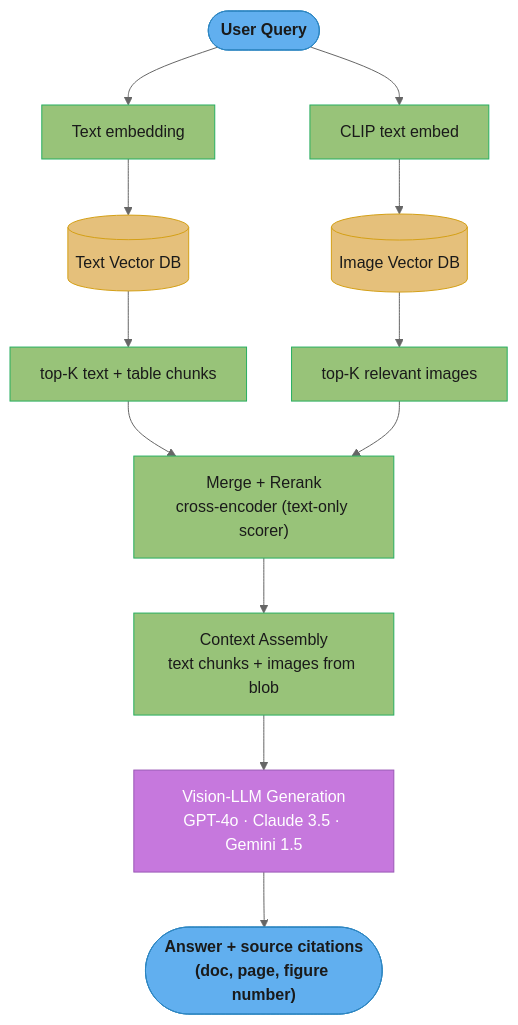
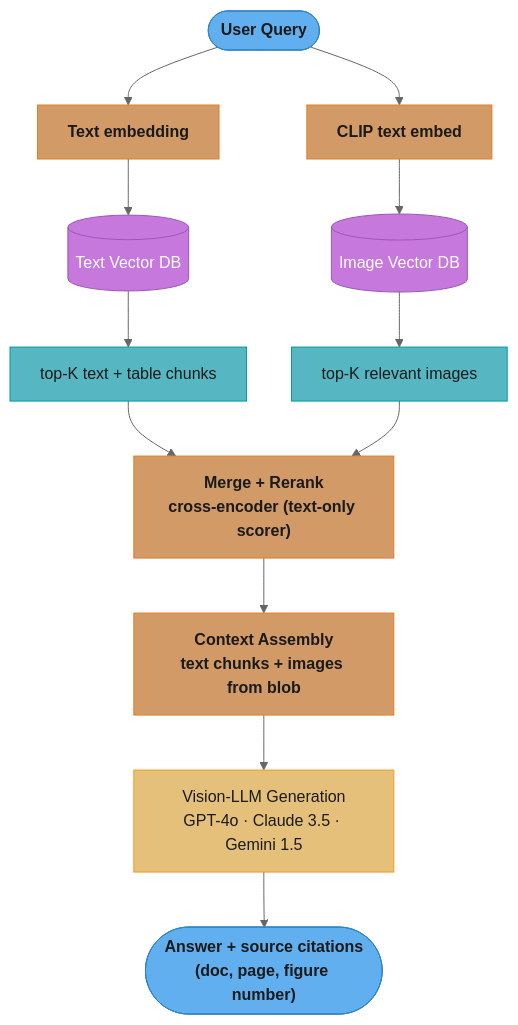
Before and after one commit to rppol/system-design: the second of 3 diagrams in src/main/java/com/rutik/systemdesign/llm/advanced_rag/multimodal_rag.md, drawn with Mermaid (neutral theme). The commit also changed other lines of this file and 88 other files, not shown here.

````diff
--- a/src/main/java/com/rutik/systemdesign/llm/advanced_rag/multimodal_rag.md
+++ b/src/main/java/com/rutik/systemdesign/llm/advanced_rag/multimodal_rag.md
@@ -251,23 +255,27 @@
 ```mermaid
 %%{init: {'flowchart': {'curve': 'basis', 'nodeSpacing': 45, 'rankSpacing': 55}}}%%
 flowchart TD
-    classDef io    fill:#61afef,stroke:#2e86c1,color:#1a1a1a,font-weight:bold
-    classDef proc  fill:#98c379,stroke:#27ae60,color:#1a1a1a
-    classDef store fill:#e5c07b,stroke:#d4a017,color:#1a1a1a
-    classDef llm   fill:#c678dd,stroke:#9b59b6,color:#fff
+    classDef io      fill:#61afef,stroke:#2e86c1,color:#1a1a1a,font-weight:bold
+    classDef frozen  fill:#c678dd,stroke:#9b59b6,color:#fff
+    classDef train   fill:#98c379,stroke:#27ae60,color:#1a1a1a
+    classDef mathOp  fill:#d19a66,stroke:#e67e22,color:#1a1a1a,font-weight:bold
+    classDef lossN   fill:#e06c75,stroke:#c0392b,color:#fff,font-weight:bold
+    classDef req     fill:#56b6c2,stroke:#0097a7,color:#1a1a1a
+    classDef base    fill:#e5c07b,stroke:#f39c12,color:#1a1a1a
 
     Q([User Query]) --> TE["Text embedding"]
     Q --> CE["CLIP text embed"]
     TE --> VDB[("Text Vector DB")] --> TK["top-K text + table chunks"]
     CE --> IDB[("Image Vector DB")] --> IK["top-K relevant images"]
     TK --> MRG["Merge + Rerank\ncross-encoder (text-only scorer)"]
     IK --> MRG
     MRG --> CA["Context Assembly\ntext chunks + images from blob"]
     CA --> GEN["Vision-LLM Generation\nGPT-4o · Claude 3.5 · Gemini 1.5"]
     GEN --> ANS(["Answer + source citations\n(doc, page, figure number)"])
 
     class Q,ANS io
-    class TE,CE,TK,IK,MRG,CA proc
-    class VDB,IDB store
-    class GEN llm
+    class TE,CE,MRG,CA mathOp
+    class TK,IK req
+    class VDB,IDB frozen
+    class GEN base
 ```
````
